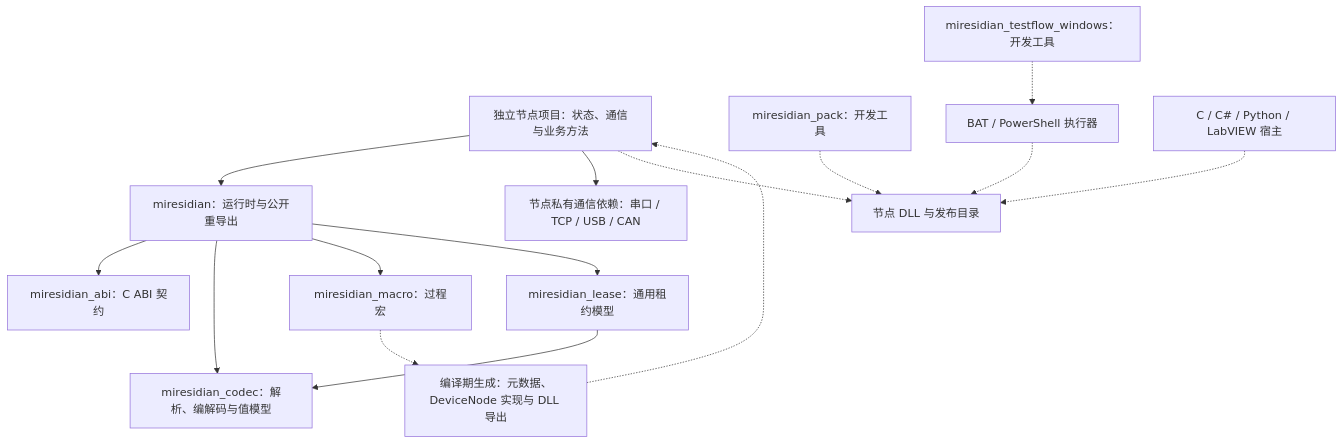
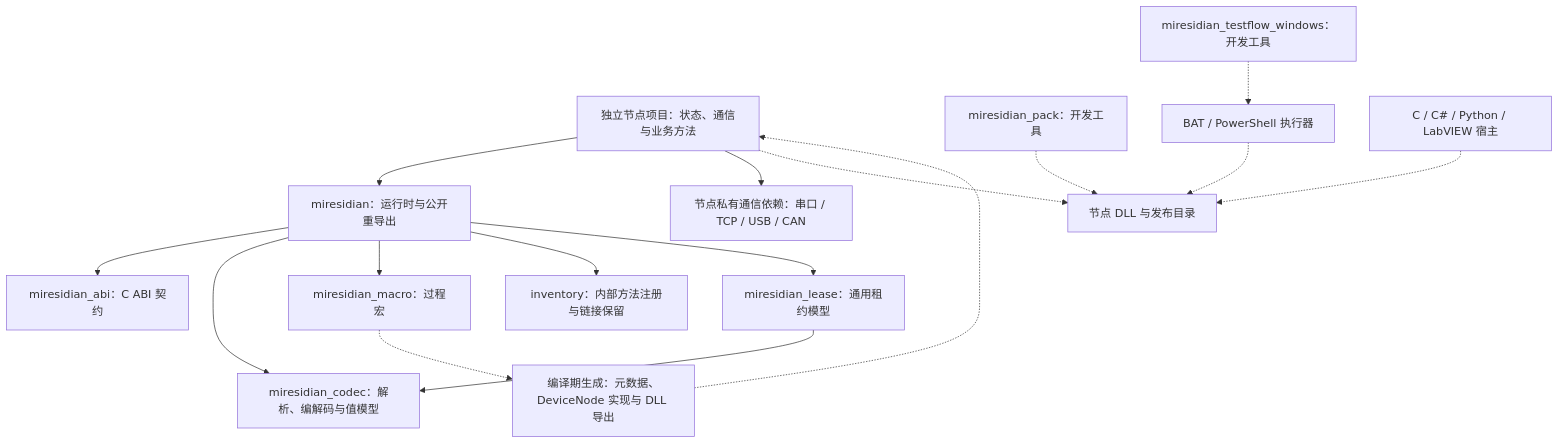
One commit to MyMires/miresidian changed the first of 3 diagrams in docs/architecture.md. Above: the diagram before and after it, drawn with Mermaid. The commit also changed other lines of this file and 84 other files, not shown here.

````diff
--- a/docs/architecture.md
+++ b/docs/architecture.md
@@ -11,17 +11,18 @@
 ```mermaid
 flowchart TB
     node["独立节点项目：状态、通信与业务方法"] --> runtime["miresidian：运行时与公开重导出"]
     node --> transport["节点私有通信依赖：串口 / TCP / USB / CAN"]
     runtime --> abi["miresidian_abi：C ABI 契约"]
     runtime --> codec["miresidian_codec：解析、编解码与值模型"]
     runtime --> macros["miresidian_macro：过程宏"]
+    runtime --> registry["inventory：内部方法注册与链接保留"]
     runtime --> lease["miresidian_lease：通用租约模型"]
     lease --> codec
     macros -.-> generated["编译期生成：元数据、DeviceNode 实现与 DLL 导出"]
     generated -.-> node
     pack["miresidian_pack：开发工具"] -.-> dll["节点 DLL 与发布目录"]
     node -.-> dll
     testflow["miresidian_testflow_windows：开发工具"] -.-> bat["BAT / PowerShell 执行器"]
     bat -.-> dll
     host["C / C# / Python / LabVIEW 宿主"] -.-> dll
 ```
````
